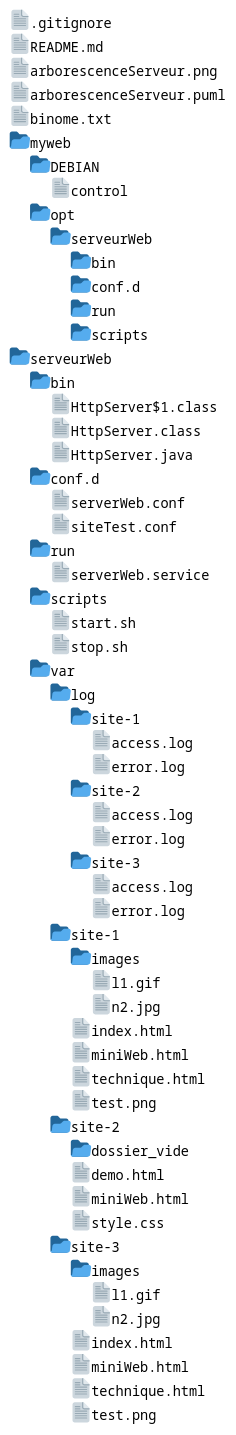
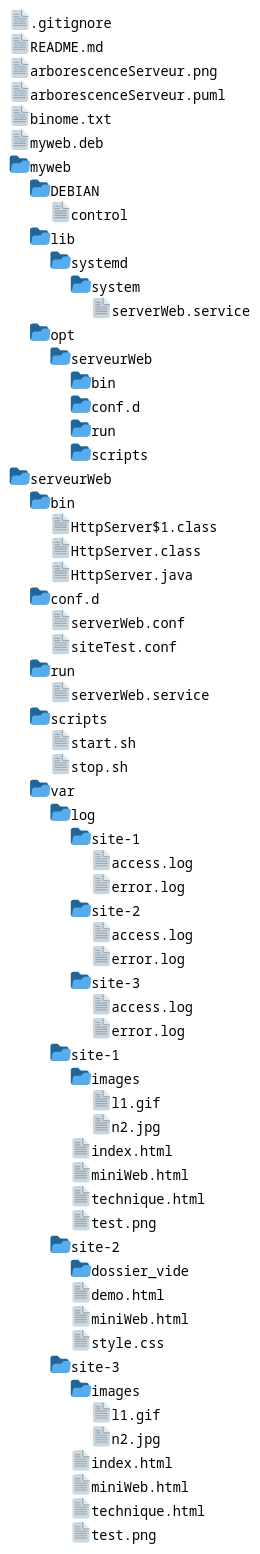
Before and after one commit to Le-Madec-Jean/ServerWeb_GALLOIS_LE_MADEC: the diagram in arborescenceServeur.puml, drawn with PlantUML.

```diff
--- a/arborescenceServeur.puml
+++ b/arborescenceServeur.puml
@@ -1,46 +1,48 @@
 @startfiles arborescenceServeur
 
 /.gitignore
 /README.md
 /arborescenceServeur.png
 /arborescenceServeur.puml
 /binome.txt
+/myweb.deb
 
 /myweb/DEBIAN/control
+/myweb/lib/systemd/system/serverWeb.service
 /myweb/opt/serveurWeb/bin/
 /myweb/opt/serveurWeb/conf.d/
 /myweb/opt/serveurWeb/run/
 /myweb/opt/serveurWeb/scripts/
 
 /serveurWeb/bin/HttpServer$1.class
 /serveurWeb/bin/HttpServer.class
 /serveurWeb/bin/HttpServer.java
 /serveurWeb/conf.d/serverWeb.conf
 /serveurWeb/conf.d/siteTest.conf
 /serveurWeb/run/serverWeb.service
 /serveurWeb/scripts/start.sh
 /serveurWeb/scripts/stop.sh
 /serveurWeb/var/log/site-1/access.log
 /serveurWeb/var/log/site-1/error.log
 /serveurWeb/var/log/site-2/access.log
 /serveurWeb/var/log/site-2/error.log
 /serveurWeb/var/log/site-3/access.log
 /serveurWeb/var/log/site-3/error.log
 /serveurWeb/var/site-1/images/l1.gif
 /serveurWeb/var/site-1/images/n2.jpg
 /serveurWeb/var/site-1/index.html
 /serveurWeb/var/site-1/miniWeb.html
 /serveurWeb/var/site-1/technique.html
 /serveurWeb/var/site-1/test.png
 /serveurWeb/var/site-2/dossier_vide/
 /serveurWeb/var/site-2/demo.html
 /serveurWeb/var/site-2/miniWeb.html
 /serveurWeb/var/site-2/style.css
 /serveurWeb/var/site-3/images/l1.gif
 /serveurWeb/var/site-3/images/n2.jpg
 /serveurWeb/var/site-3/index.html
 /serveurWeb/var/site-3/miniWeb.html
 /serveurWeb/var/site-3/technique.html
 /serveurWeb/var/site-3/test.png
 
 @endfiles
```
